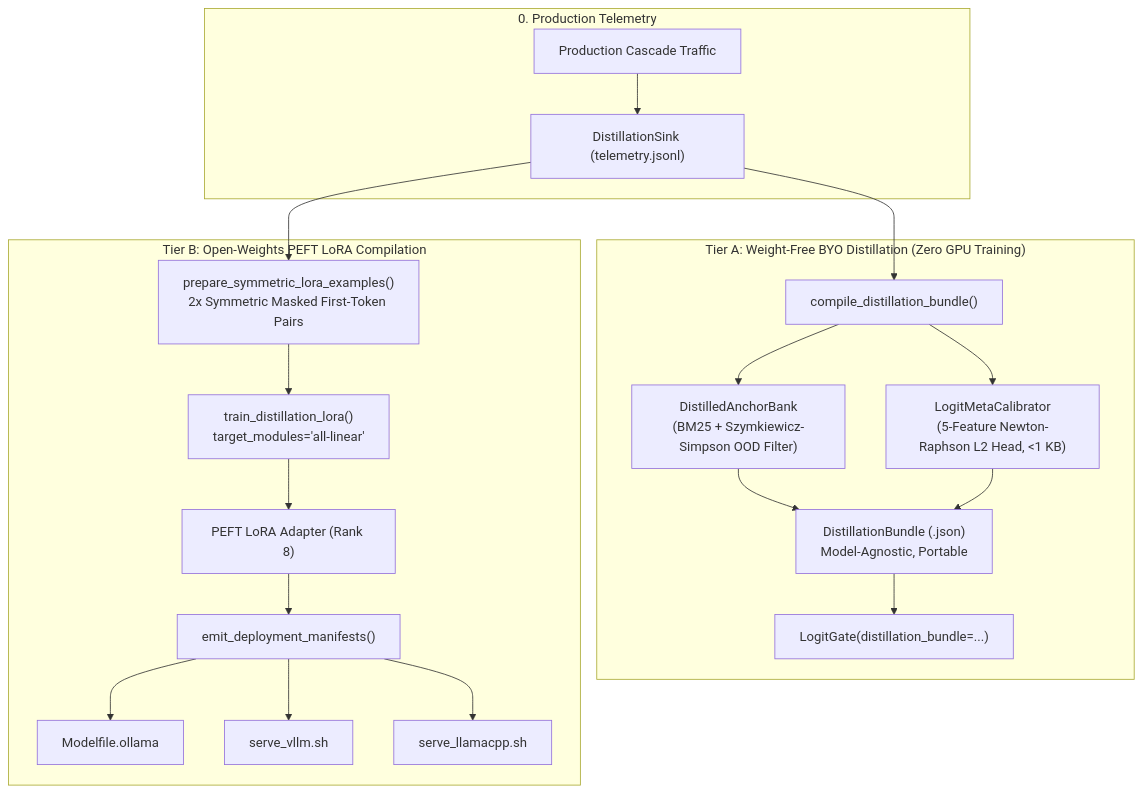
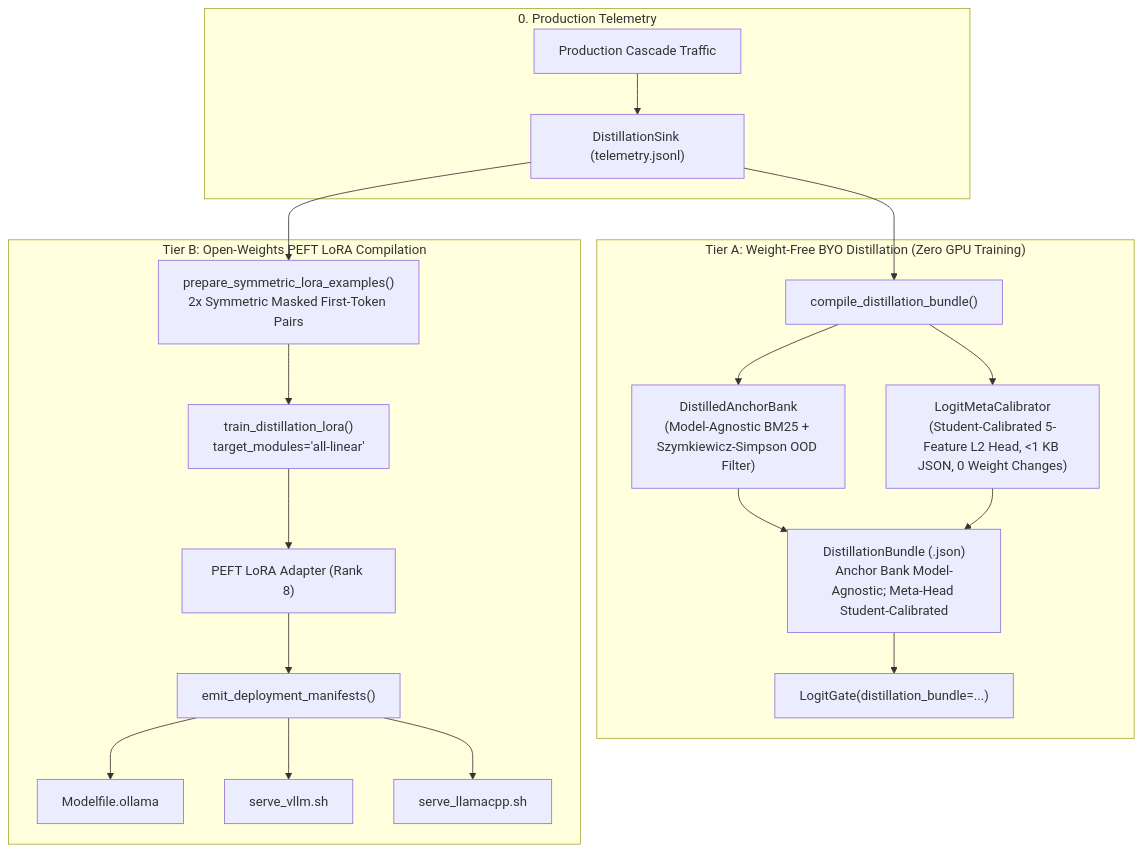
Before and after one commit to jasonbdly/LogitGate: the diagram in docs/advanced/distillation_and_lora.md, drawn with Mermaid. The commit also changed other lines of this file and 24 other files, not shown here.

````diff
--- a/docs/advanced/distillation_and_lora.md
+++ b/docs/advanced/distillation_and_lora.md
@@ -32,24 +32,24 @@
 ```mermaid
 flowchart TD
     subgraph SINK["0. Production Telemetry"]
         T0["Production Cascade Traffic"] --> TS["DistillationSink (telemetry.jsonl)"]
     end
 
     subgraph TIERA["Tier A: Weight-Free BYO Distillation (Zero GPU Training)"]
         TS --> AC["compile_distillation_bundle()"]
-        AC --> AB["DistilledAnchorBank\n(BM25 + Szymkiewicz-Simpson OOD Filter)"]
-        AC --> MC["LogitMetaCalibrator\n(5-Feature Newton-Raphson L2 Head, <1 KB)"]
-        AB & MC --> DB["DistillationBundle (.json)\nModel-Agnostic, Portable"]
+        AC --> AB["DistilledAnchorBank<br/>(Model-Agnostic BM25 + Szymkiewicz-Simpson OOD Filter)"]
+        AC --> MC["LogitMetaCalibrator<br/>(Student-Calibrated 5-Feature L2 Head, <1 KB JSON, 0 Weight Changes)"]
+        AB & MC --> DB["DistillationBundle (.json)<br/>Anchor Bank Model-Agnostic; Meta-Head Student-Calibrated"]
         DB --> L1A["LogitGate(distillation_bundle=...)"]
     end
 
     subgraph TIERB["Tier B: Open-Weights PEFT LoRA Compilation"]
-        TS --> SE["prepare_symmetric_lora_examples()\n2x Symmetric Masked First-Token Pairs"]
-        SE --> TR["train_distillation_lora()\ntarget_modules='all-linear'"]
+        TS --> SE["prepare_symmetric_lora_examples()<br/>2x Symmetric Masked First-Token Pairs"]
+        SE --> TR["train_distillation_lora()<br/>target_modules='all-linear'"]
         TR --> AD["PEFT LoRA Adapter (Rank 8)"]
         AD --> MAN["emit_deployment_manifests()"]
         MAN --> OLL["Modelfile.ollama"]
         MAN --> VLL["serve_vllm.sh"]
         MAN --> CPP["serve_llamacpp.sh"]
     end
 ```
````
